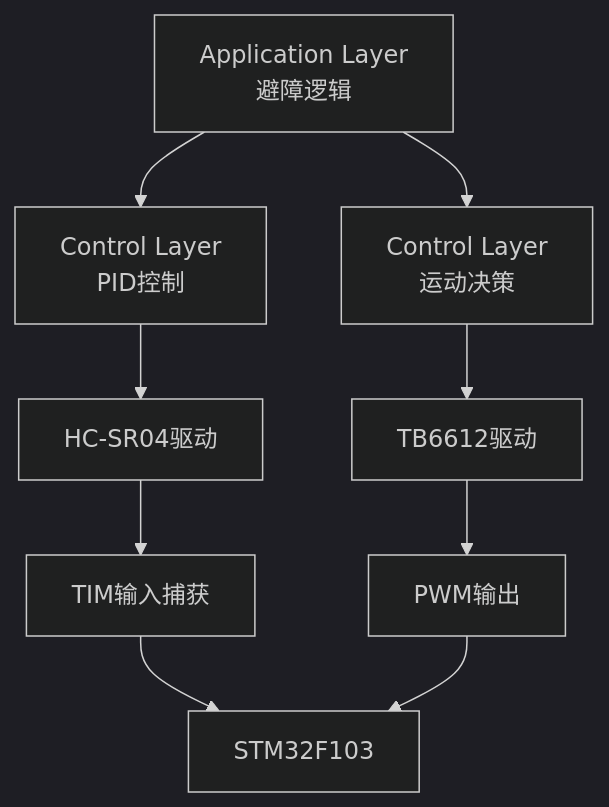
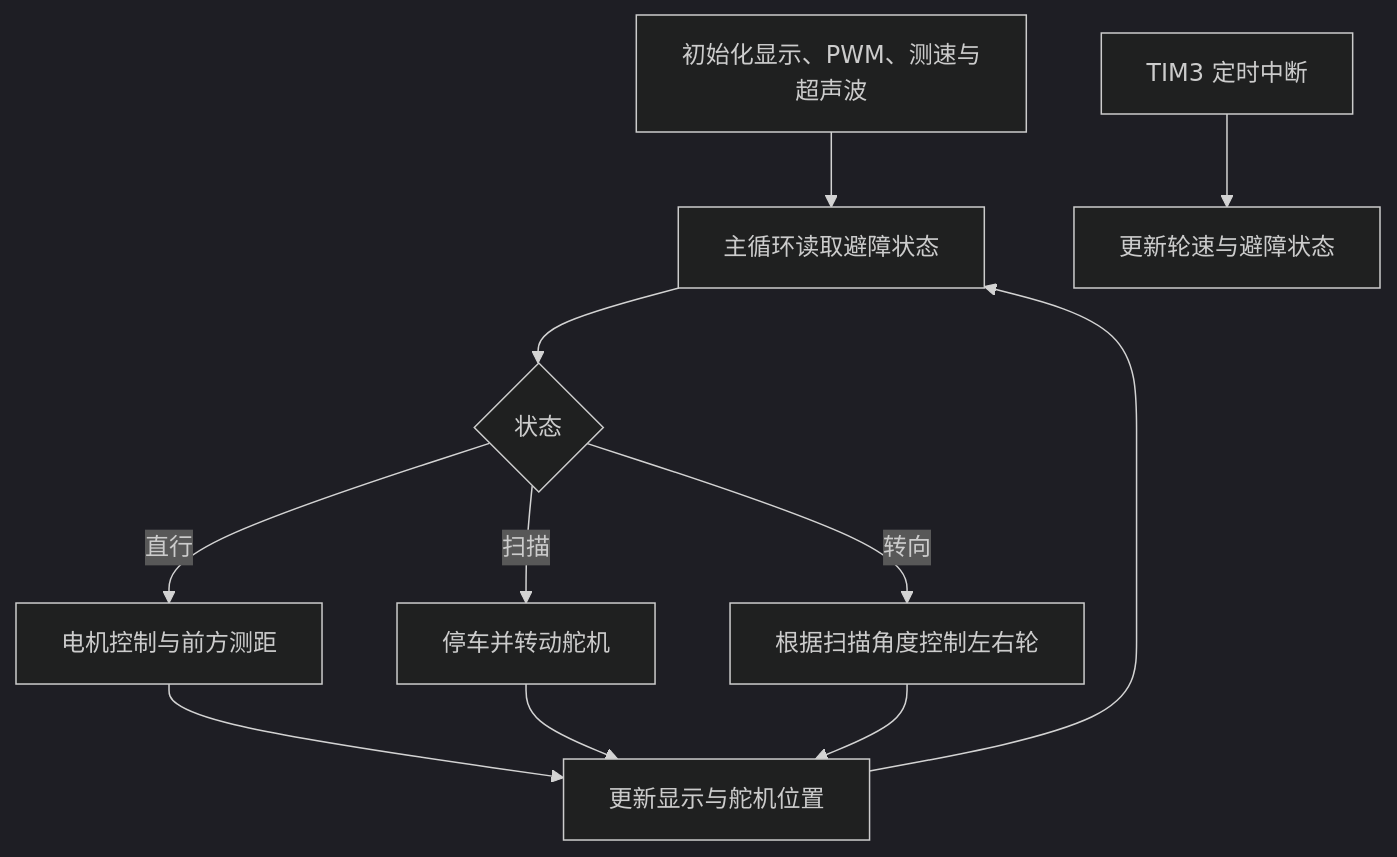
Before and after one commit to shuiqiling/-stm32f103C8T6-PCB-: the diagram in README.md, drawn with Mermaid (dark theme). The commit also changed other lines of this file and 132 other files, not shown here.

````diff
--- a/README.md
+++ b/README.md
@@ -4,17 +49,13 @@
 ```mermaid
-graph TD
-
-A[Application Layer<br>避障逻辑]
-
-A --> B[Control Layer<br>PID控制]
-A --> C[Control Layer<br>运动决策]
-
-B --> D[HC-SR04驱动]
-C --> E[TB6612驱动]
-
-D --> F[TIM输入捕获]
-E --> G[PWM输出]
-
-F --> H[STM32F103]
-G --> H
+flowchart TD
+    A[初始化显示、PWM、测速与超声波] --> B[主循环读取避障状态]
+    B --> C{状态}
+    C -->|直行| D[电机控制与前方测距]
+    C -->|扫描| E[停车并转动舵机]
+    C -->|转向| F[根据扫描角度控制左右轮]
+    D --> G[更新显示与舵机位置]
+    E --> G
+    F --> G
+    G --> B
+    T[TIM3 定时中断] --> U[更新轮速与避障状态]
 ```
````
